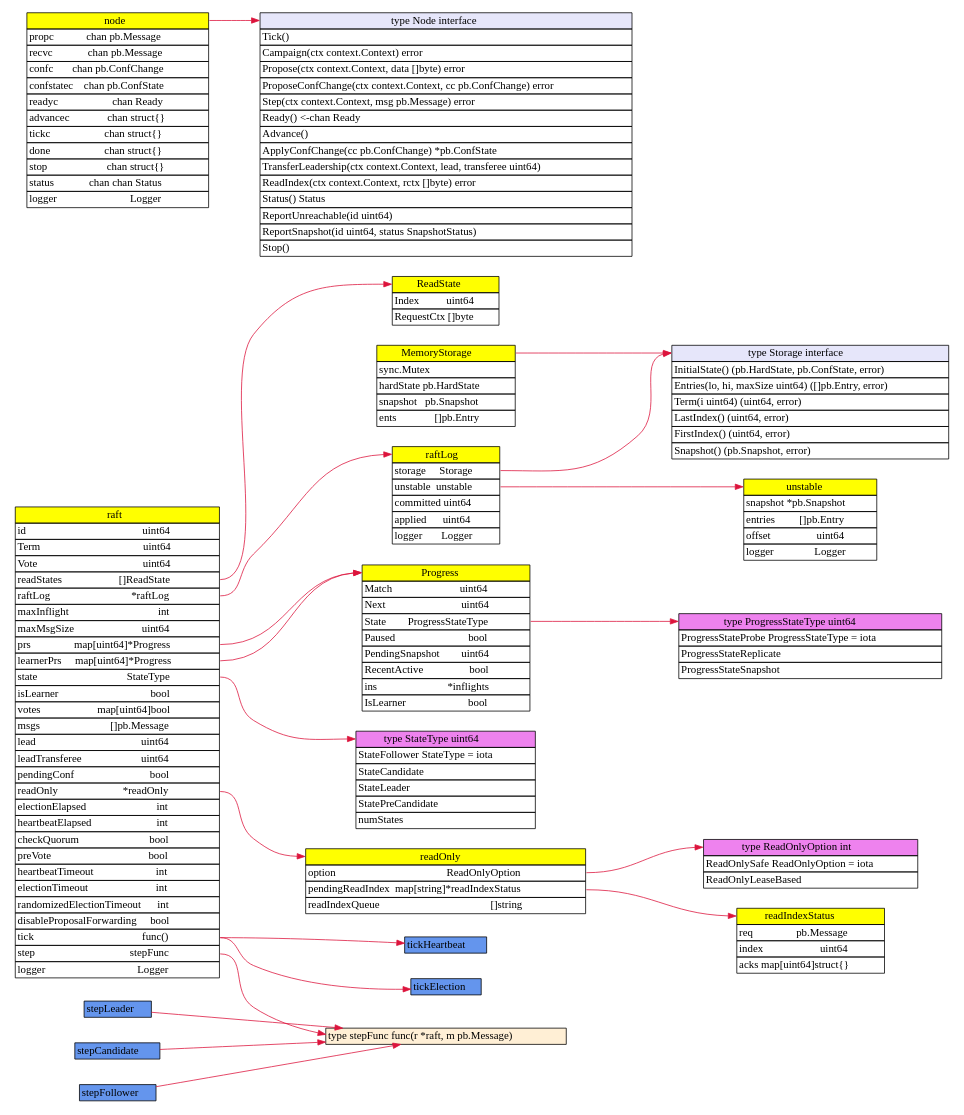
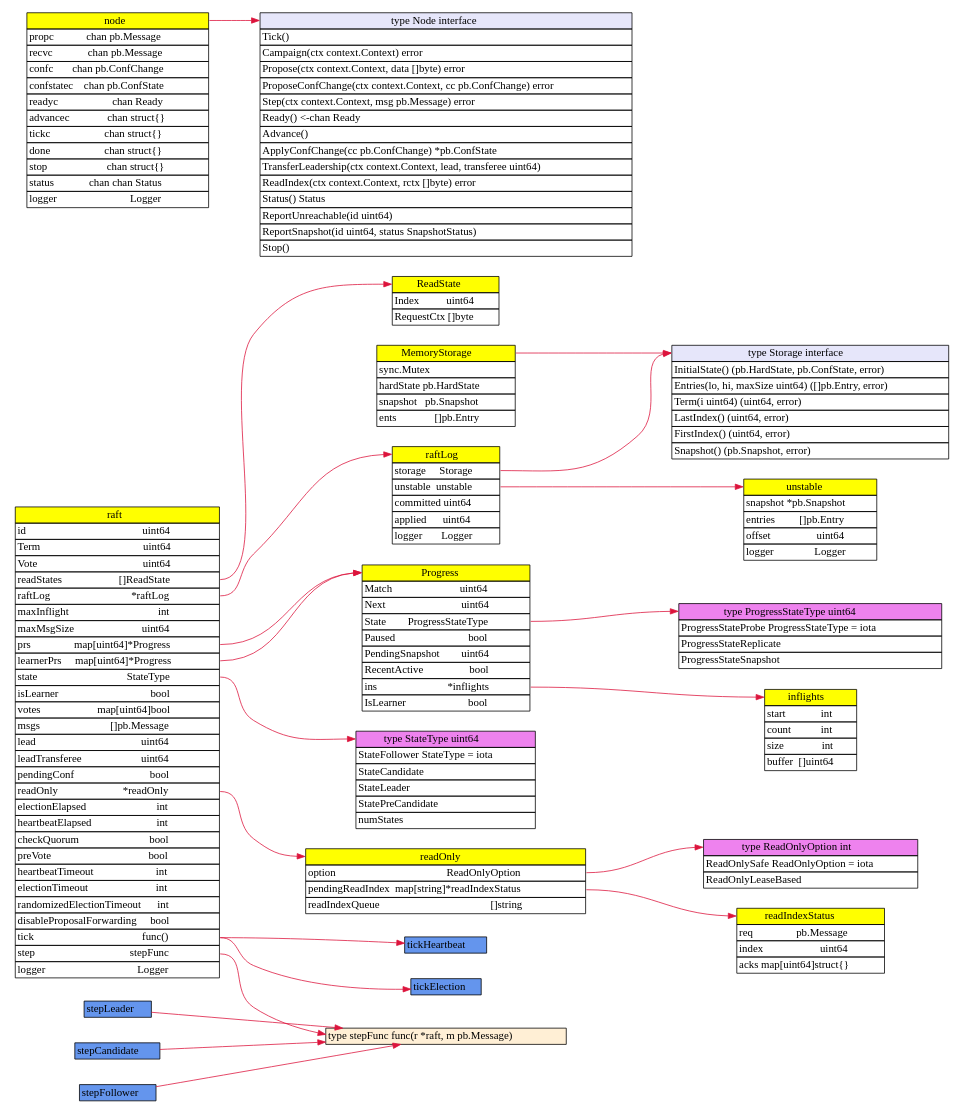
One commit to lkk2003rty/notes changed the diagram in image_scripts/raft_struct.dot. Above: the diagram before and after it, drawn with Graphviz. The commit also changed 8 other files, not shown here.

```diff
--- a/image_scripts/raft_struct.dot
+++ b/image_scripts/raft_struct.dot
@@ -65,7 +65,7 @@
 	<tr><td border="1" align="left">Paused&nbsp;&nbsp;&nbsp;&nbsp;&nbsp;&nbsp;&nbsp;&nbsp;&nbsp;&nbsp;&nbsp;&nbsp;&nbsp;&nbsp;&nbsp;&nbsp;&nbsp;&nbsp;&nbsp;&nbsp;&nbsp;&nbsp;&nbsp;&nbsp;&nbsp;&nbsp;&nbsp;bool</td></tr>
 	<tr><td border="1" align="left">PendingSnapshot&nbsp;&nbsp;&nbsp;&nbsp;&nbsp;&nbsp;&nbsp;&nbsp;uint64</td></tr>
 	<tr><td border="1" align="left">RecentActive&nbsp;&nbsp;&nbsp;&nbsp;&nbsp;&nbsp;&nbsp;&nbsp;&nbsp;&nbsp;&nbsp;&nbsp;&nbsp;&nbsp;&nbsp;&nbsp;&nbsp;bool</td></tr>
-	<tr><td border="1" align="left">ins&nbsp;&nbsp;&nbsp;&nbsp;&nbsp;&nbsp;&nbsp;&nbsp;&nbsp;&nbsp;&nbsp;&nbsp;&nbsp;&nbsp;&nbsp;&nbsp;&nbsp;&nbsp;&nbsp;&nbsp;&nbsp;&nbsp;&nbsp;&nbsp;&nbsp;&nbsp;*inflights</td></tr>
+	<tr><td border="1" align="left" port="ins">ins&nbsp;&nbsp;&nbsp;&nbsp;&nbsp;&nbsp;&nbsp;&nbsp;&nbsp;&nbsp;&nbsp;&nbsp;&nbsp;&nbsp;&nbsp;&nbsp;&nbsp;&nbsp;&nbsp;&nbsp;&nbsp;&nbsp;&nbsp;&nbsp;&nbsp;&nbsp;*inflights</td></tr>
 	<tr><td border="1" align="left">IsLearner&nbsp;&nbsp;&nbsp;&nbsp;&nbsp;&nbsp;&nbsp;&nbsp;&nbsp;&nbsp;&nbsp;&nbsp;&nbsp;&nbsp;&nbsp;&nbsp;&nbsp;&nbsp;&nbsp;&nbsp;&nbsp;&nbsp;&nbsp;bool</td></tr>
     </table>>];
 
@@ -74,6 +74,14 @@
     <tr><td border="1" align="left">ProgressStateProbe ProgressStateType = iota</td></tr>
     <tr><td border="1" align="left">ProgressStateReplicate</td></tr>
     <tr><td border="1" align="left">ProgressStateSnapshot</td></tr>
+    </table>>];
+
+    inflights [shape="none" label=<<table border="0" cellspacing="0">
+    <tr><td bgcolor="yellow" border="1" port="head">inflights</td></tr>
+	<tr><td border="1" align="left">start&nbsp;&nbsp;&nbsp;&nbsp;&nbsp;&nbsp;&nbsp;&nbsp;&nbsp;&nbsp;&nbsp;&nbsp;&nbsp;int</td></tr>
+	<tr><td border="1" align="left">count&nbsp;&nbsp;&nbsp;&nbsp;&nbsp;&nbsp;&nbsp;&nbsp;&nbsp;&nbsp;&nbsp;int</td></tr>
+	<tr><td border="1" align="left">size&nbsp;&nbsp;&nbsp;&nbsp;&nbsp;&nbsp;&nbsp;&nbsp;&nbsp;&nbsp;&nbsp;&nbsp;&nbsp;&nbsp;int</td></tr>
+	<tr><td border="1" align="left">buffer&nbsp;&nbsp;[]uint64</td></tr>
     </table>>];
 
     ReadOnlyOption[shape="none" label=<<table border="0" cellspacing="0">
@@ -193,6 +201,7 @@
     raft:step_function -> stepFunc:head;
     readOnly:status -> readIndexStatus:head;
     Progress:state -> ProgressStateType:head;
+    Progress:ins -> inflights:head;
     readOnly:option -> ReadOnlyOption:head;
     raftLog:storage -> Storage:head;
     raftLog:unstable -> unstable:head;
```
